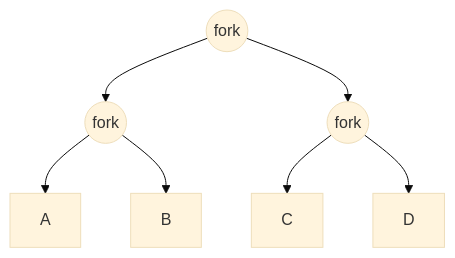
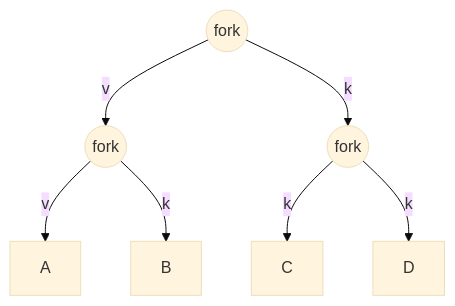
The diagram in BuS Notizen/Tutorial 1.md (Omarrichi/Studium), drawn with Mermaid (base theme) before and after one commit. The commit also changed other lines of this file, not shown here.

Commit message:
vault backup: 2024-05-25 23:52:37

````diff
--- a/BuS Notizen/Tutorial 1.md
+++ b/BuS Notizen/Tutorial 1.md
@@ -40,11 +40,11 @@
 ```mermaid
 graph TD;
-    A((fork)) --> B((fork));
-    A((fork)) --> C((fork));
-    B((fork)) --> D[A];
-    B((fork)) --> E[B];
-    C((fork)) --> F[C];
-    C((fork)) --> G[D];
+    A((fork)) -->|v| B((fork));
+    A((fork)) -->|k| C((fork));
+    B((fork)) -->|v| D[A];
+    B((fork)) -->|k| E[B];
+    C((fork)) -->|k| F[C];
+    C((fork)) -->|k| G[D];
     
 
 ```
````
